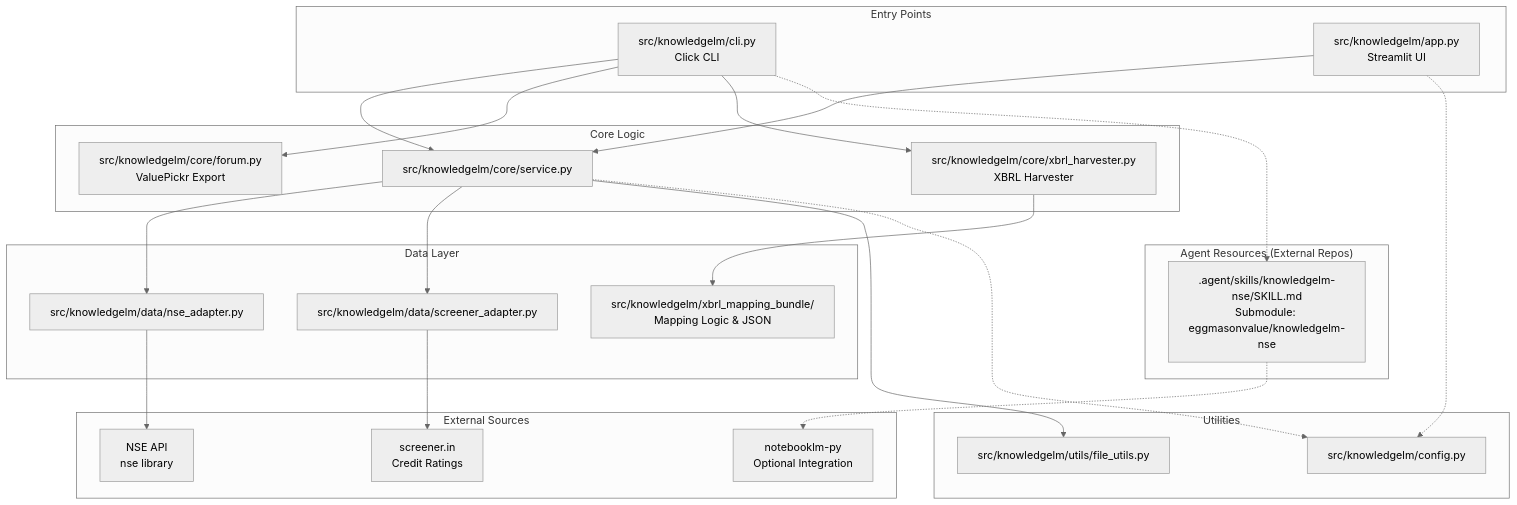
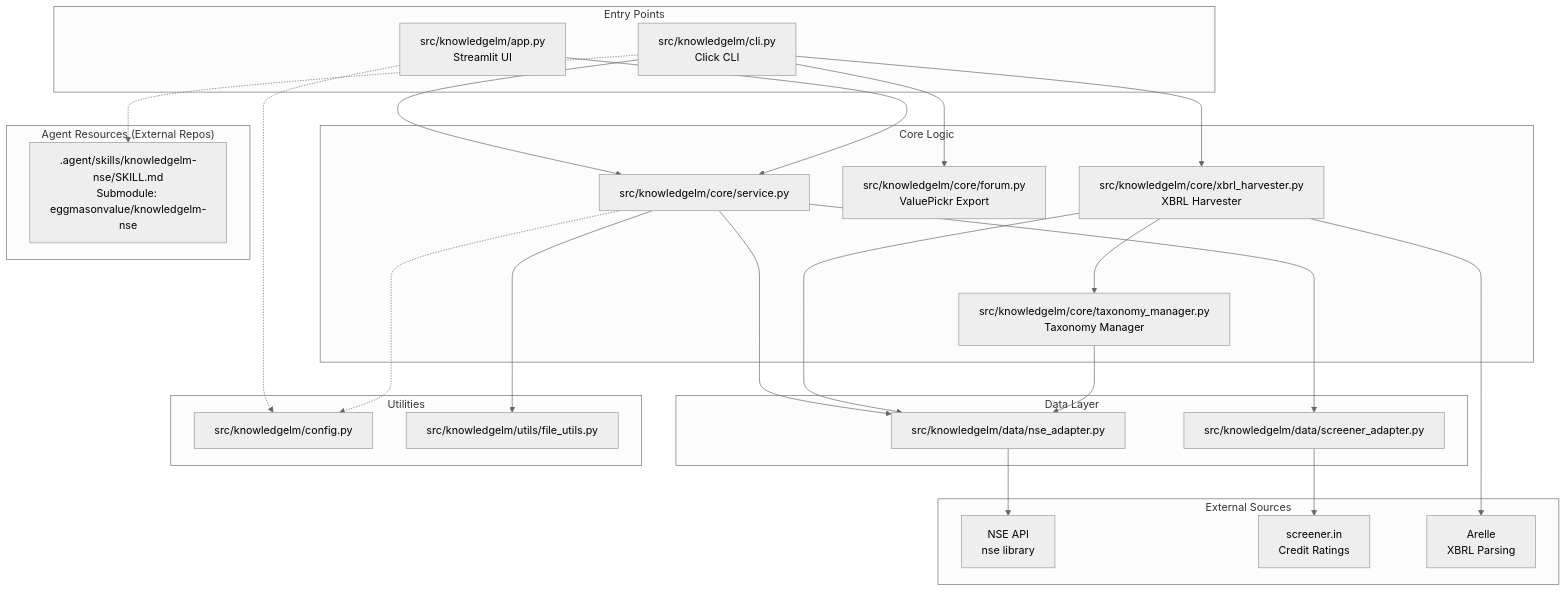
The first of 2 diagrams in .context/ARCHITECTURE.md (eggmasonvalue/KnowledgeLM), drawn with Mermaid (neutral theme) before and after one commit. The commit also changed other lines of this file and 3 other files, not shown here.

````diff
--- a/.context/ARCHITECTURE.md
+++ b/.context/ARCHITECTURE.md
@@ -5,49 +5,51 @@
 ```mermaid
 graph TD
     subgraph Entry["Entry Points"]
         CLI[src/knowledgelm/cli.py<br/>Click CLI]
         APP[src/knowledgelm/app.py<br/>Streamlit UI]
     end
-    
+
     subgraph Logic["Core Logic"]
         SRV[src/knowledgelm/core/service.py]
         FORUM[src/knowledgelm/core/forum.py<br/>ValuePickr Export]
         XBRL[src/knowledgelm/core/xbrl_harvester.py<br/>XBRL Harvester]
+        TAX_MGR[src/knowledgelm/core/taxonomy_manager.py<br/>Taxonomy Manager]
     end
-    
+
     subgraph Data["Data Layer"]
         NSE_ADPT[src/knowledgelm/data/nse_adapter.py]
         SCR_ADPT[src/knowledgelm/data/screener_adapter.py]
-        XBRL_MAP[src/knowledgelm/xbrl_mapping_bundle/<br/>Mapping Logic & JSON]
     end
-    
+
     subgraph Agent["Agent Resources (External Repos)"]
         SKILL[.agent/skills/knowledgelm-nse/SKILL.md<br/>Submodule: eggmasonvalue/knowledgelm-nse]
     end
-    
+
     subgraph Utils["Utilities"]
         CONF[src/knowledgelm/config.py]
         F_UTIL[src/knowledgelm/utils/file_utils.py]
     end
-    
+
     subgraph External["External Sources"]
         NSE_LIB[NSE API<br/>nse library]
         SCR_WEB[screener.in<br/>Credit Ratings]
-        NLMPY[notebooklm-py<br/>Optional Integration]
+        ARELLE[Arelle<br/>XBRL Parsing]
     end
-    
+
     CLI --> SRV
     CLI --> FORUM
     CLI --> XBRL
     APP --> SRV
     SRV --> NSE_ADPT
     SRV --> SCR_ADPT
     SRV --> F_UTIL
-    XBRL --> XBRL_MAP
+    XBRL --> TAX_MGR
+    XBRL --> NSE_ADPT
+    TAX_MGR --> NSE_ADPT
     NSE_ADPT --> NSE_LIB
+    XBRL --> ARELLE
     SCR_ADPT --> SCR_WEB
     CLI .-> SKILL
-    SKILL .-> NLMPY
     APP ..-> CONF
     SRV ..-> CONF
 ```
````
